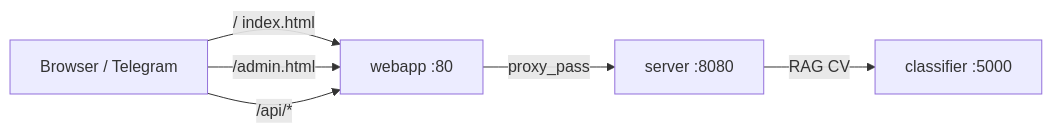
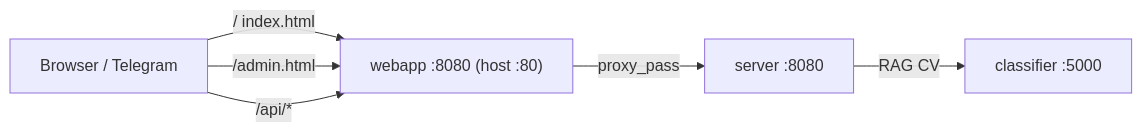
The diagram in docs/knowledge-base/webapp-overview.md (kantik001/grounded_horticulture_en), drawn with Mermaid before and after one commit. The commit also changed other lines of this file and 25 other files, not shown here.

````diff
--- a/docs/knowledge-base/webapp-overview.md
+++ b/docs/knowledge-base/webapp-overview.md
@@ -21,13 +21,13 @@
 ```mermaid
 flowchart LR
     Browser["Browser / Telegram"]
-    Nginx["webapp :80"]
+    Nginx["webapp :8080 (host :80)"]
     Go["server :8080"]
     Py["classifier :5000"]
 
     Browser -->|"/" index.html| Nginx
     Browser -->|"/admin.html"| Nginx
     Browser -->|"/api/*"| Nginx
     Nginx -->|proxy_pass| Go
     Go -->|RAG CV| Py
 ```
````
